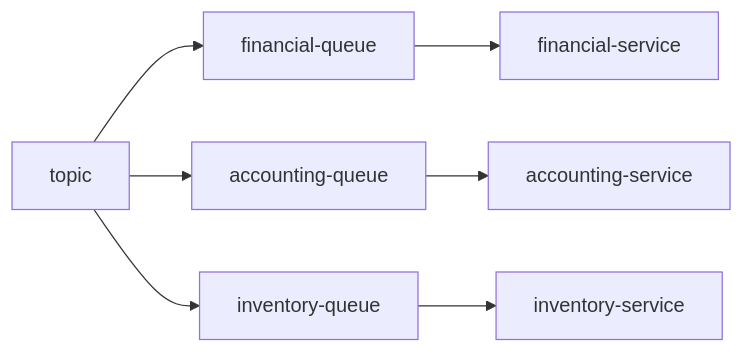
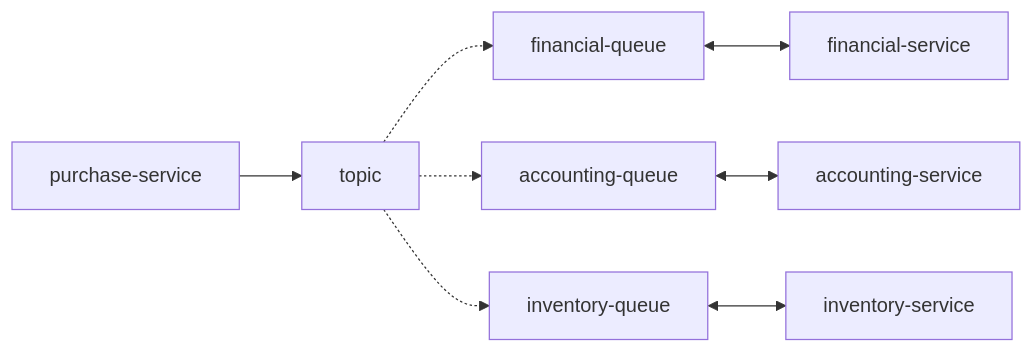
The diagram in README.md (PauloNayron/fanout-aws-spring), drawn with Mermaid before and after one commit.

````diff
--- a/README.md
+++ b/README.md
@@ -5,6 +5,7 @@
 ```mermaid
 flowchart LR
-    topic --> financial-queue --> financial-service
-    topic --> accounting-queue --> accounting-service 
-    topic --> inventory-queue --> inventory-service
+    purchase-service --> topic
+    topic -.-> financial-queue <--> financial-service
+    topic -.-> accounting-queue <--> accounting-service 
+    topic -.-> inventory-queue <--> inventory-service 
 ```
````
